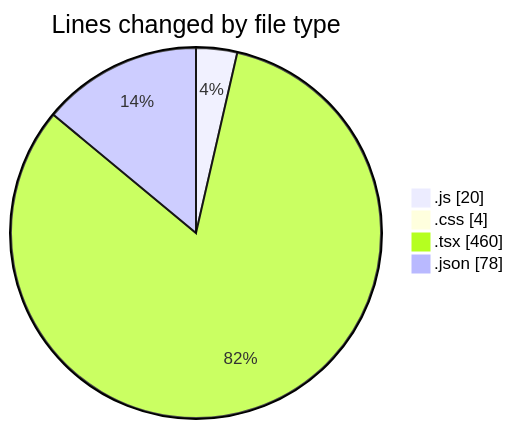
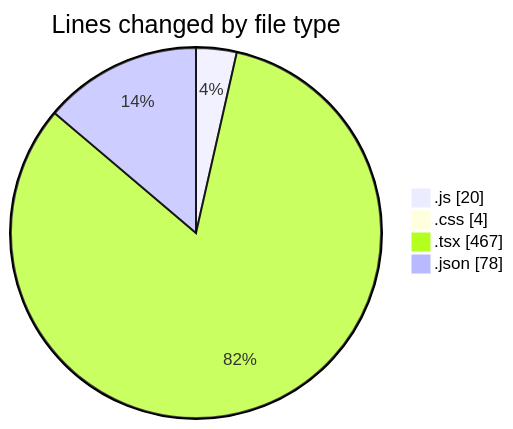
The first of 2 diagrams in 2025-06-19/scopecraft/README.md (Ritupan-Deka/code-tracking), drawn with Mermaid before and after one commit. The commit also changed other lines of this file and 1 other file, not shown here.

````diff
--- a/2025-06-19/scopecraft/README.md
+++ b/2025-06-19/scopecraft/README.md
@@ -33,8 +33,8 @@
 ```mermaid
 pie showData
 title Lines changed by file type
 ".js" : 20
 ".css" : 4
-".tsx" : 460
+".tsx" : 467
 ".json" : 78
 ```
````
